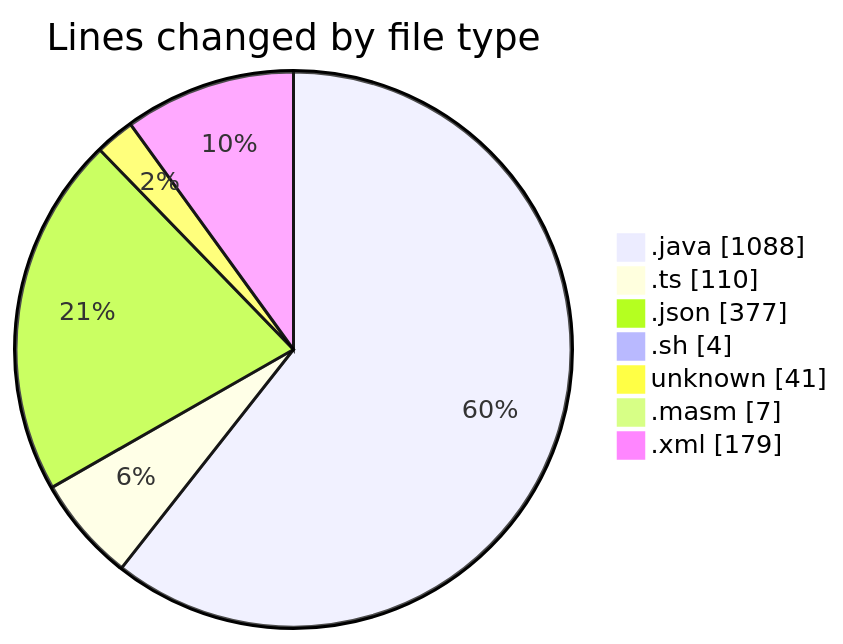
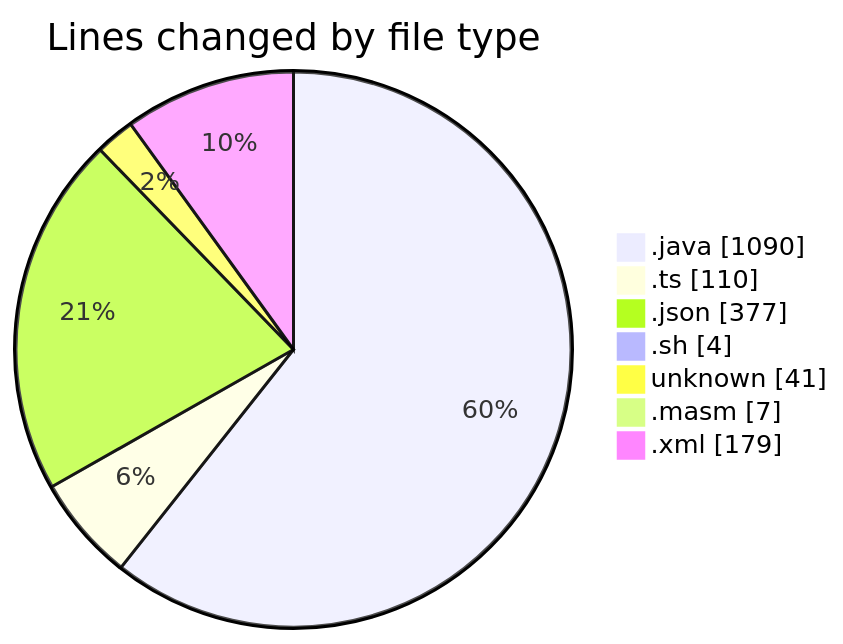
Before and after one commit to charlie-sans/code-tracking: the first of 2 diagrams in 2025-02-20/micros/README.md, drawn with Mermaid. The commit also changed other lines of this file and 1 other file, not shown here.

````diff
--- a/2025-02-20/micros/README.md
+++ b/2025-02-20/micros/README.md
@@ -34,11 +34,11 @@
 ```mermaid
 pie showData
 title Lines changed by file type
-".java" : 1088
+".java" : 1090
 ".ts" : 110
 ".json" : 377
 ".sh" : 4
 "unknown" : 41
 ".masm" : 7
 ".xml" : 179
 ```
````
